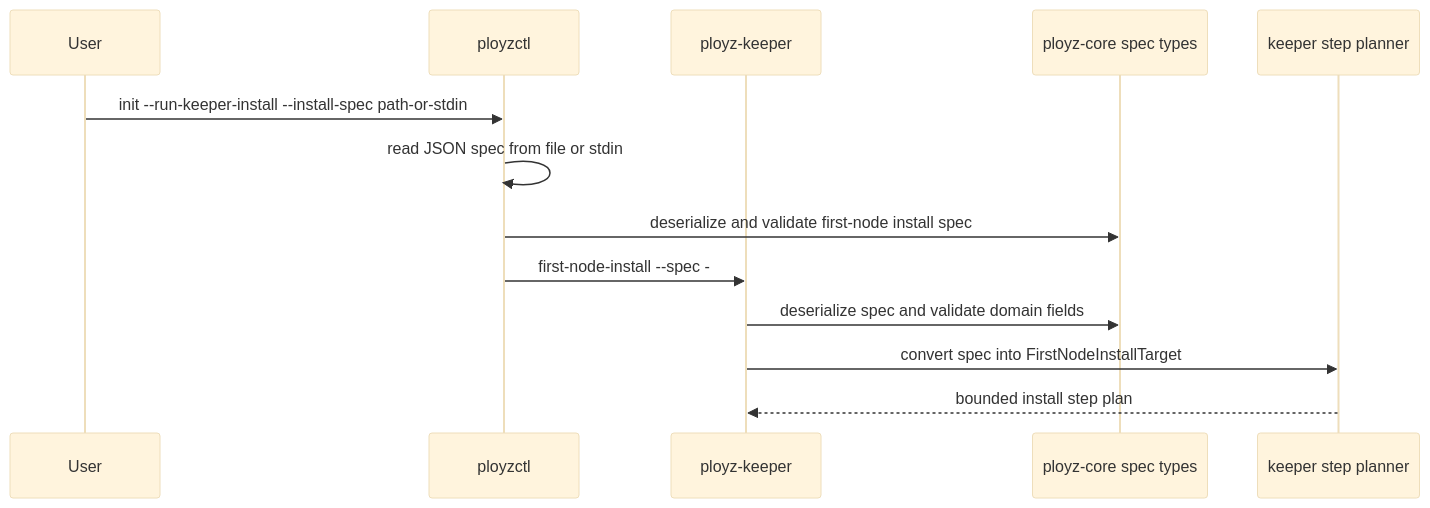
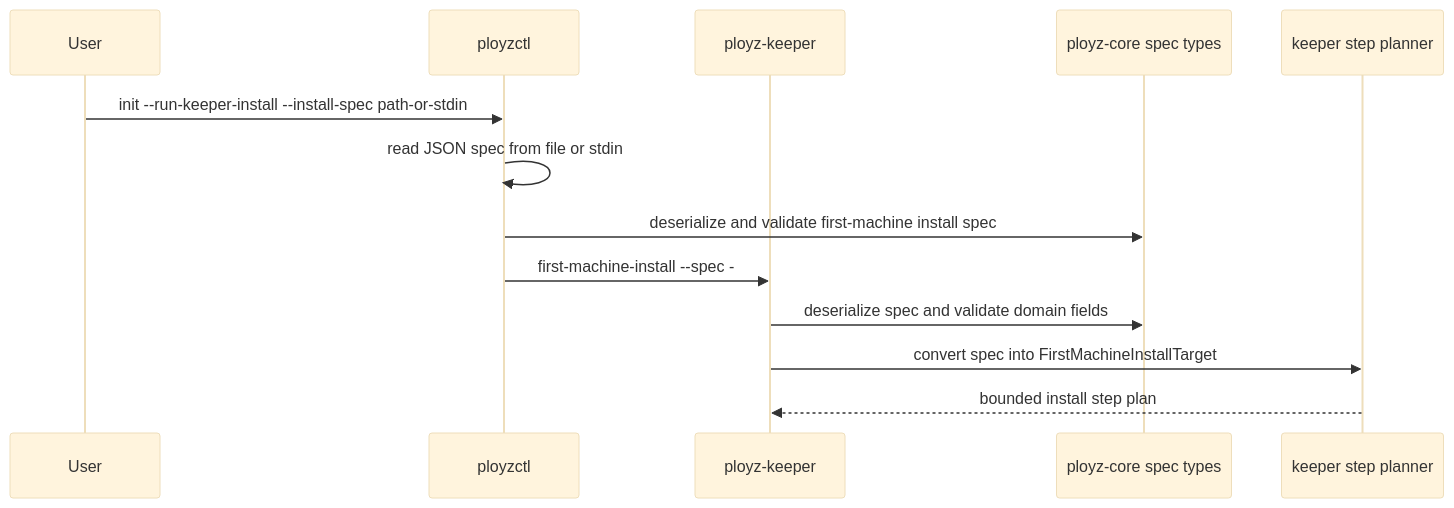
One commit to getployz/ployz changed the second of 3 diagrams in docs/plans/2026-06-10-002-refactor-cli-contract-simplification-plan.md. Above: the diagram before and after it, drawn with Mermaid (base theme). The commit also changed other lines of this file and 201 other files, not shown here.

````diff
--- a/docs/plans/2026-06-10-002-refactor-cli-contract-simplification-plan.md
+++ b/docs/plans/2026-06-10-002-refactor-cli-contract-simplification-plan.md
@@ -82,16 +82,16 @@
 ```mermaid
 sequenceDiagram
   participant User
   participant Ctl as ployzctl
   participant Keeper as ployz-keeper
   participant Core as ployz-core spec types
   participant Steps as keeper step planner
 
   User->>Ctl: init --run-keeper-install --install-spec path-or-stdin
   Ctl->>Ctl: read JSON spec from file or stdin
-  Ctl->>Core: deserialize and validate first-node install spec
-  Ctl->>Keeper: first-node-install --spec -
+  Ctl->>Core: deserialize and validate first-machine install spec
+  Ctl->>Keeper: first-machine-install --spec -
   Keeper->>Core: deserialize spec and validate domain fields
-  Keeper->>Steps: convert spec into FirstNodeInstallTarget
+  Keeper->>Steps: convert spec into FirstMachineInstallTarget
   Steps-->>Keeper: bounded install step plan
 ```
````
